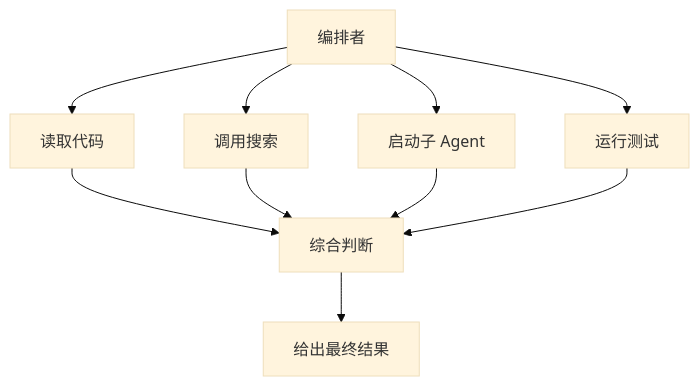
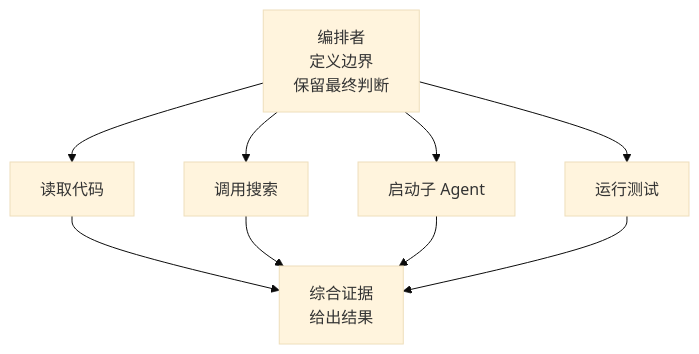
The seventh of 13 diagrams in src/content/blog/soft-orchestration-in-skills.md (sulifreely/hannah), drawn with Mermaid (base theme) before and after one commit. The commit also changed other lines of this file and 20 other files, not shown here.

Commit message:
chore: rewrite diagrams

````diff
--- a/src/content/blog/soft-orchestration-in-skills.md
+++ b/src/content/blog/soft-orchestration-in-skills.md
@@ -368,19 +371,17 @@
 ```mermaid
 flowchart TD
-    A[编排者]
-    B[读取代码]
-    C[调用搜索]
-    D[启动子 Agent]
-    E[运行测试]
-    F[综合判断]
-    G[给出最终结果]
+    A["编排者<br/>定义边界<br/>保留最终判断"]
+    B["读取代码"]
+    C["调用搜索"]
+    D["启动子 Agent"]
+    E["运行测试"]
+    F["综合证据<br/>给出结果"]
     A --> B
     A --> C
     A --> D
     A --> E
     B --> F
     C --> F
     D --> F
     E --> F
-    F --> G
 ```
````
